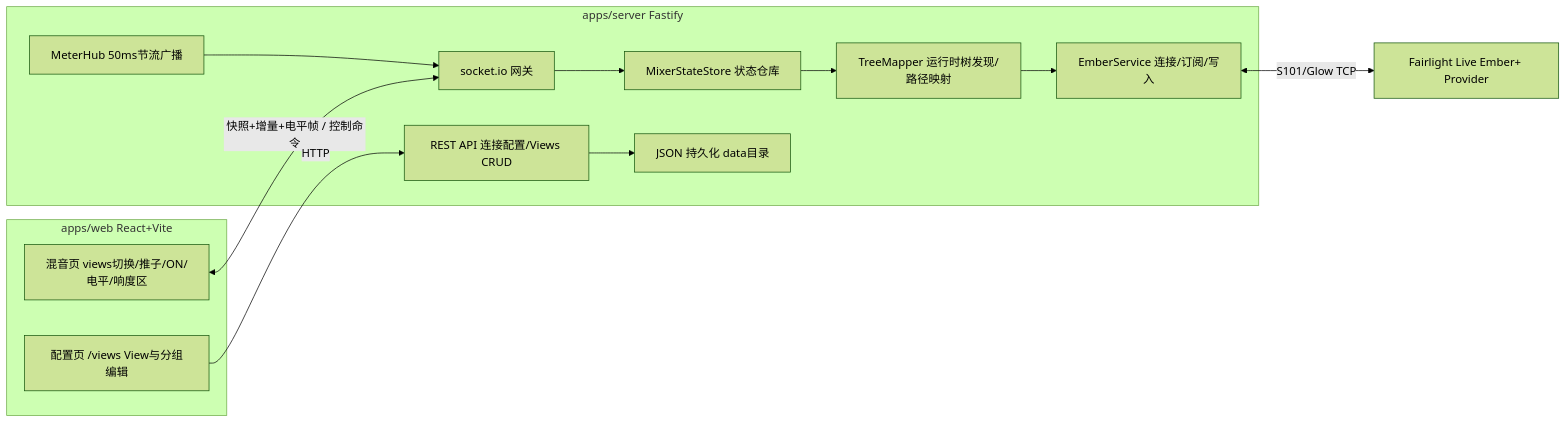
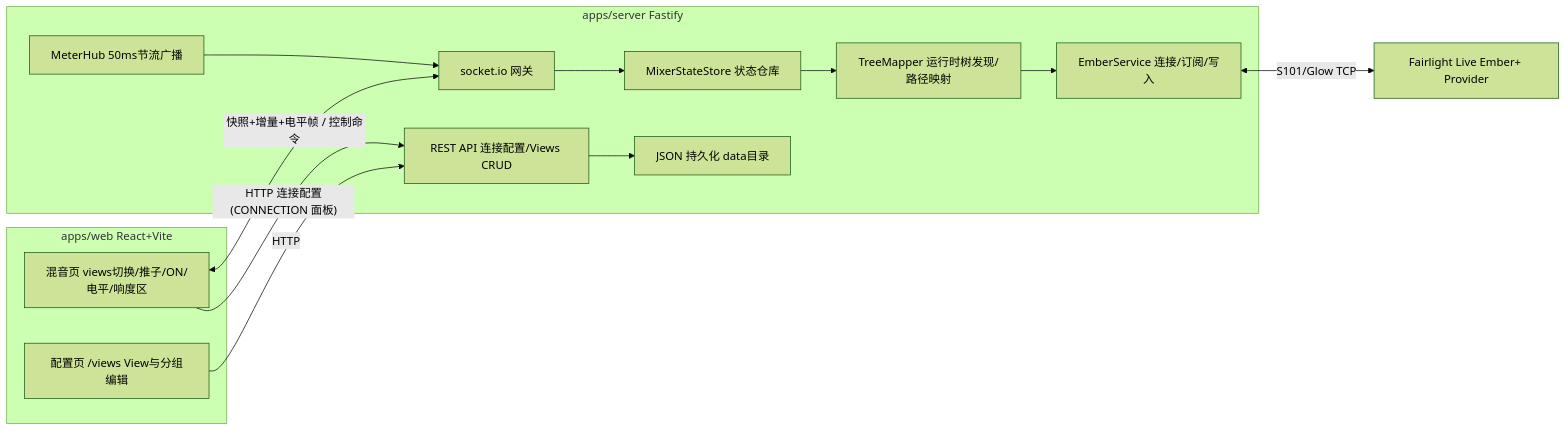
One commit to wuXinnnn/Fairlight-Live-Web-Controller changed the diagram in docs/architecture.md. Above: the diagram before and after it, drawn with Mermaid (forest theme). The commit also changed other lines of this file and 43 other files, not shown here.

````diff
--- a/docs/architecture.md
+++ b/docs/architecture.md
@@ -5,26 +5,27 @@
 ```mermaid
 flowchart LR
     subgraph web [apps/web React+Vite]
         MixerPage[混音页 views切换/推子/ON/电平/响度区]
         SettingsPage[配置页 /views View与分组编辑]
     end
     subgraph server [apps/server Fastify]
         REST[REST API 连接配置/Views CRUD]
         WSGW[socket.io 网关]
         Store[MixerStateStore 状态仓库]
         MeterHub[MeterHub 50ms节流广播]
         Mapper[TreeMapper 运行时树发现/路径映射]
         EmberSvc[EmberService 连接/订阅/写入]
         Persist[JSON 持久化 data目录]
     end
     FL[Fairlight Live Ember+ Provider]
 
     MixerPage <-->|"快照+增量+电平帧 / 控制命令"| WSGW
+    MixerPage -->|"HTTP 连接配置(CONNECTION 面板)"| REST
     SettingsPage -->|HTTP| REST
     WSGW --> Store
     REST --> Persist
     Store --> Mapper
     Mapper --> EmberSvc
     MeterHub --> WSGW
     EmberSvc <-->|"S101/Glow TCP"| FL
 ```
````
